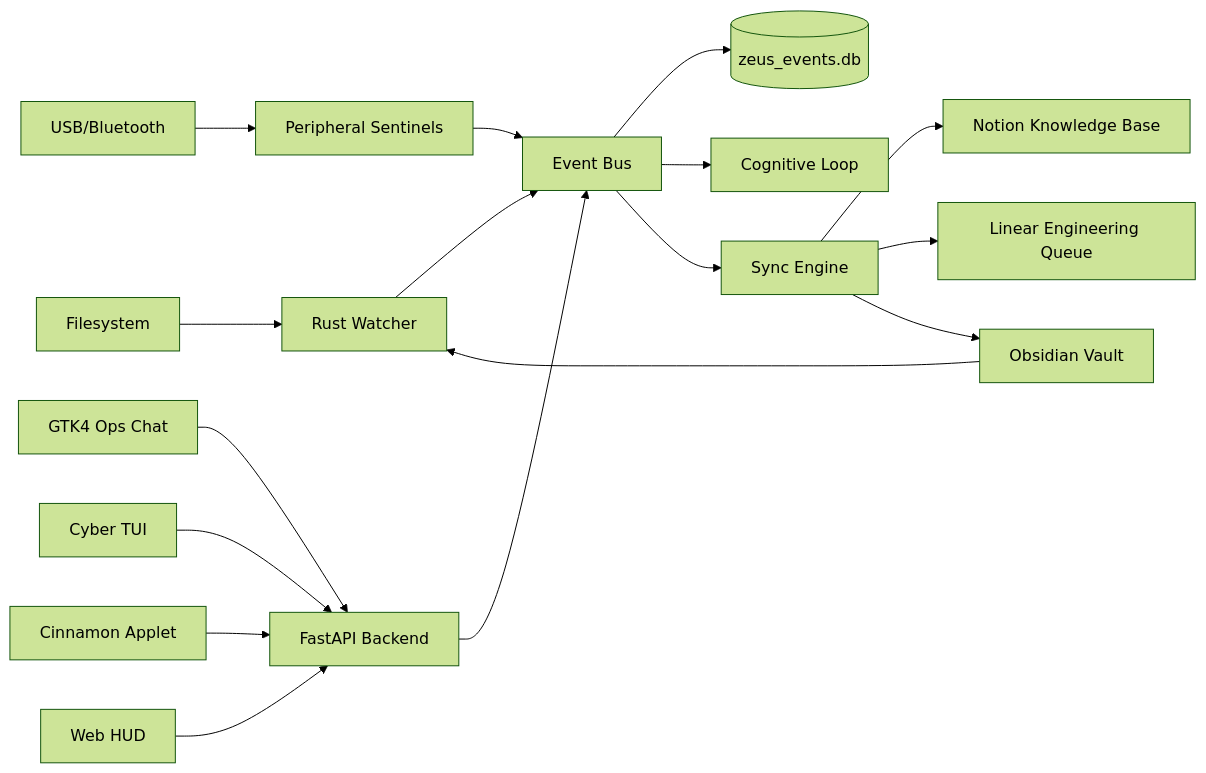
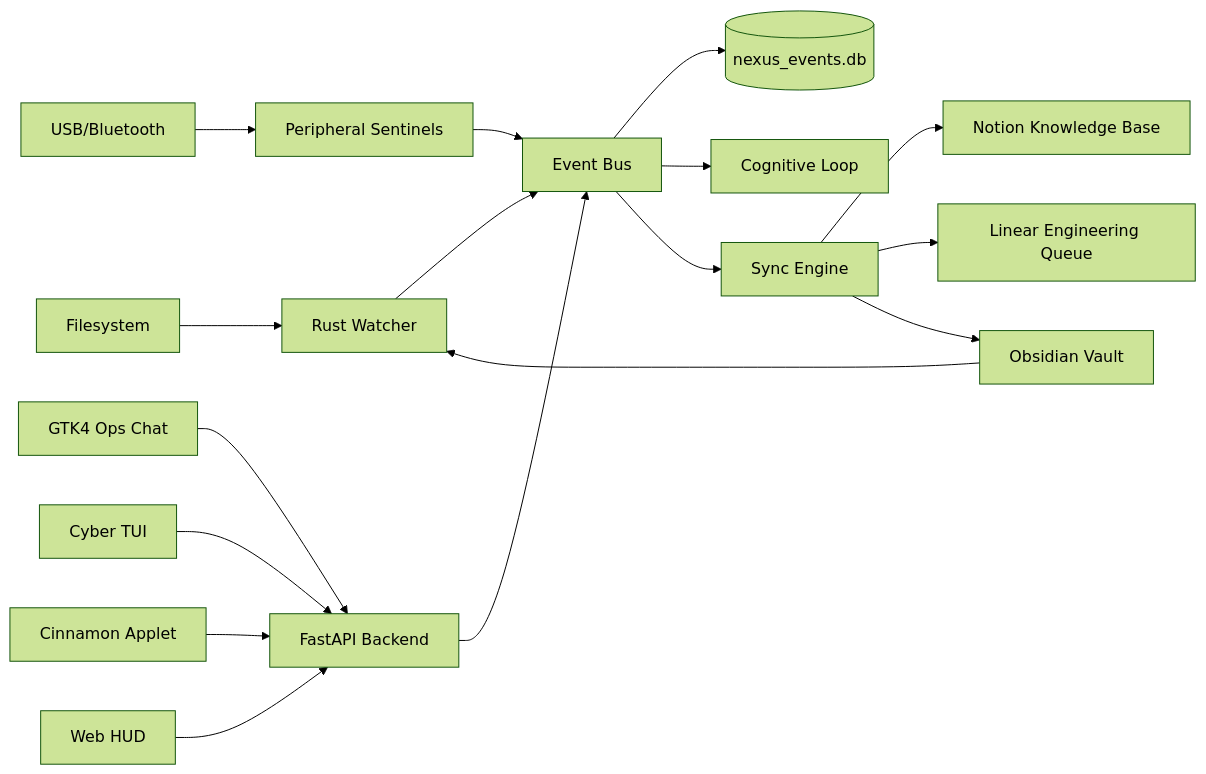
Before and after one commit to zeusinfra/NEXUS: the first of 2 diagrams in docs/ZEUS_SECOND_BRAIN_ARCHITECTURE.md, drawn with Mermaid (forest theme). The commit also changed other lines of this file and 100 other files, not shown here.

Commit message:
refactor: rebrand project from Zeus to Nexus including namespace, file, and documentation updates

````diff
--- a/docs/ZEUS_SECOND_BRAIN_ARCHITECTURE.md
+++ b/docs/ZEUS_SECOND_BRAIN_ARCHITECTURE.md
@@ -31,23 +31,23 @@
 ```mermaid
 flowchart LR
     FS[Filesystem] --> Watcher[Rust Watcher]
     USB[USB/Bluetooth] --> Sentinel[Peripheral Sentinels]
     Obsidian[Obsidian Vault] --> Watcher
 
     Watcher --> EventBus[Event Bus]
     Sentinel --> EventBus
     API[FastAPI Backend] --> EventBus
 
-    EventBus --> SQLite[(zeus_events.db)]
+    EventBus --> SQLite[(nexus_events.db)]
     EventBus --> Cognition[Cognitive Loop]
     EventBus --> Sync[Sync Engine]
 
     Sync --> Notion[Notion Knowledge Base]
     Sync --> Linear[Linear Engineering Queue]
     Sync --> Obsidian
 
     GTK[GTK4 Ops Chat] --> API
     TUI[Cyber TUI] --> API
     Applet[Cinnamon Applet] --> API
     HUD[Web HUD] --> API
 ```
````
